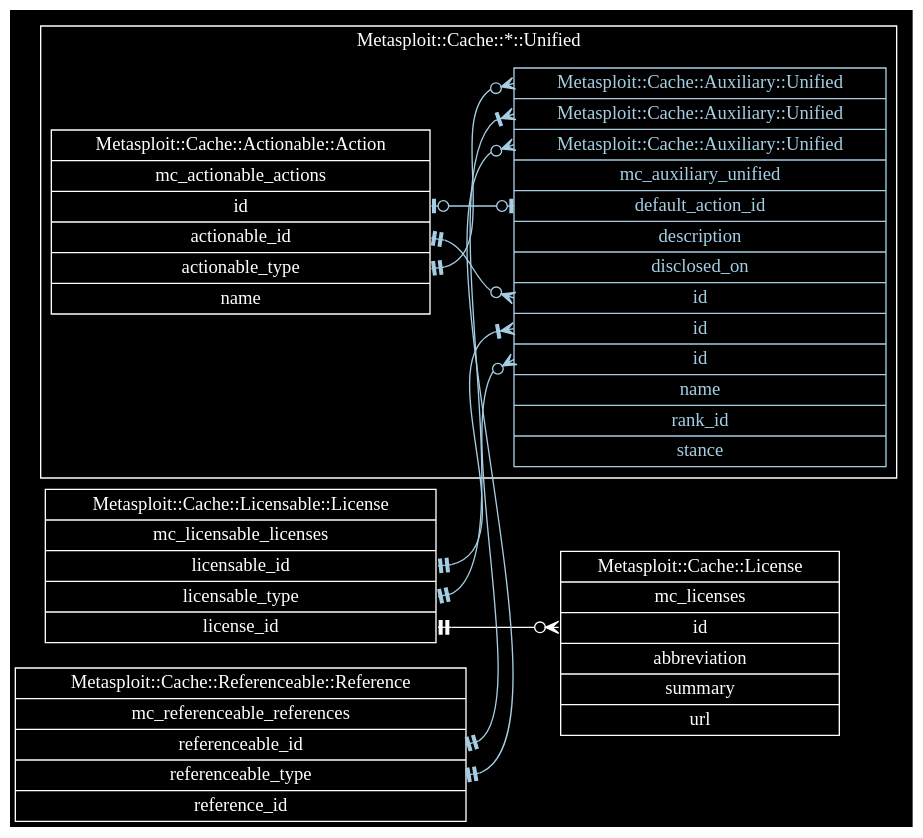
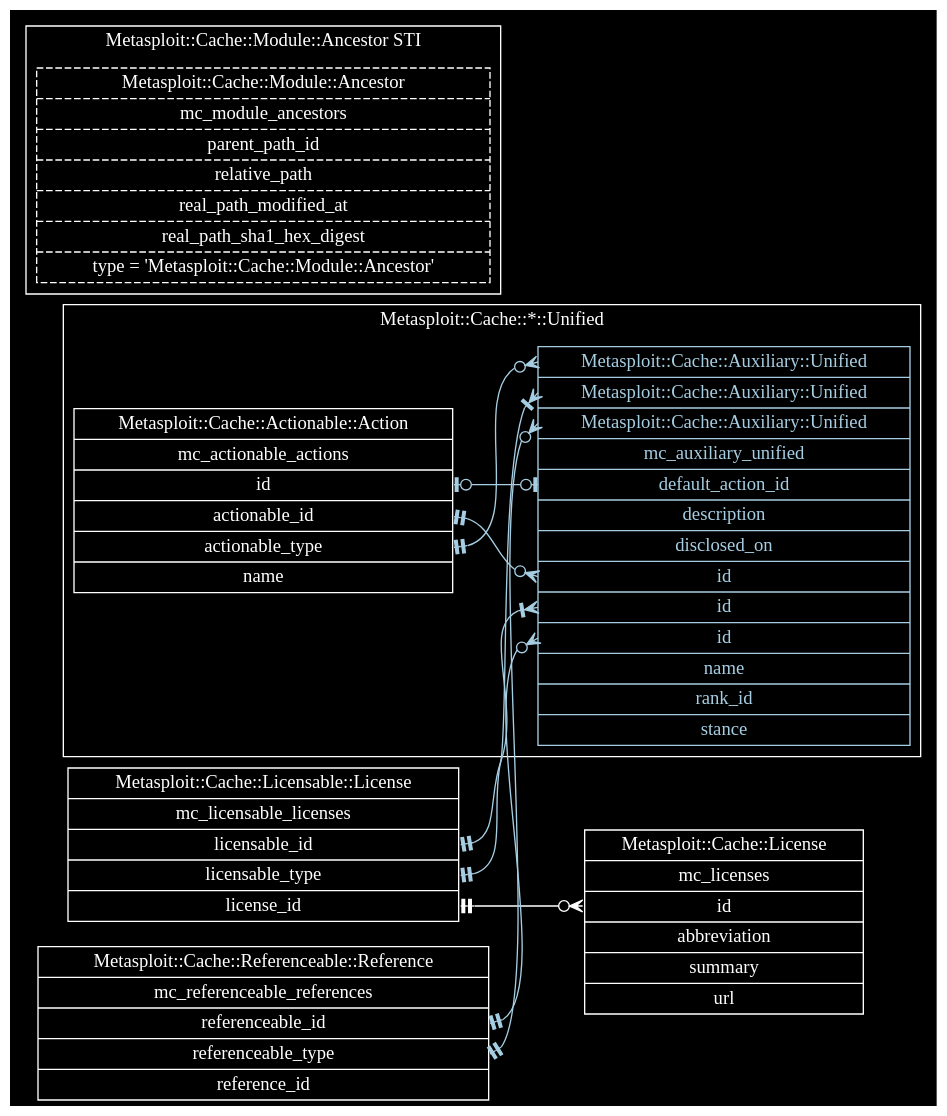
The diagram in docs/metasploit-cache-read-model.dot (rapid7/metasploit-cache), drawn with Graphviz before and after one commit.

Commit message:
Module::Ancestor in read model
MSP-12192

```diff
--- a/docs/metasploit-cache-read-model.dot
+++ b/docs/metasploit-cache-read-model.dot
@@ -1,99 +1,110 @@
 digraph "Metasploit::Cache Read Model" {
   edge [
     color = "white"
     fontcolor = "white"
   ]
   graph [
     bgcolor = "black"
     rankdir = "LR"
   ]
   node [
     color = "white"
     fontcolor = "white"
     shape = "record"
   ]
 
   "Metasploit::Cache::Actionable::Action" [
     label = "Metasploit::Cache::Actionable::Action | mc_actionable_actions | <id>id | <actionable_id>actionable_id | <actionable_type>actionable_type | name"
   ]
 
   "Metasploit::Cache::Actionable::Action":actionable_id -> "Metasploit::Cache::Auxiliary::Unified":id_for_actionable_id [
     arrowhead = "crowodot"
     arrowtail = "teetee"
     color = "/paired9/1"
     dir = "both"
   ]
 
   "Metasploit::Cache::Actionable::Action":actionable_type -> "Metasploit::Cache::Auxiliary::Unified":type_for_actionable_type [
     arrowhead = "crowodot"
     arrowtail = "teetee"
     color = "/paired9/1"
     dir = "both"
   ]
 
 
   "Metasploit::Cache::License" [
     label = "Metasploit::Cache::License | mc_licenses | <id>id | abbreviation | summary | url"
   ]
 
   "Metasploit::Cache::Licensable::License" [
     label = "Metasploit::Cache::Licensable::License | mc_licensable_licenses | <licensable_id>licensable_id | <licensable_type>licensable_type | <license_id>license_id"
   ]
 
   "Metasploit::Cache::Licensable::License":licensable_id -> "Metasploit::Cache::Auxiliary::Unified":id_for_licensable_id [
     arrowhead = "crowtee"
     arrowtail = "teetee"
     color = "/paired9/1"
     dir = "both"
   ]
 
   "Metasploit::Cache::Licensable::License":licensable_type -> "Metasploit::Cache::Auxiliary::Unified":type_for_licensable_type [
     arrowhead = "crowtee"
     arrowtail = "teetee"
     color = "/paired9/1"
     dir = "both"
   ]
 
   "Metasploit::Cache::Licensable::License":license_id -> "Metasploit::Cache::License":id [
     arrowhead = "crowodot"
     arrowtail = "teetee"
     dir = "both"
   ]
 
   "Metasploit::Cache::Referenceable::Reference" [
     label = "Metasploit::Cache::Referenceable::Reference | mc_referenceable_references | <referenceable_id>referenceable_id | <referenceable_type>referenceable_type | reference_id"
   ]
 
   "Metasploit::Cache::Referenceable::Reference":referenceable_id -> "Metasploit::Cache::Auxiliary::Unified":id_for_referenceable_id [
     arrowhead = "crowodot"
     arrowtail = "teetee"
     color = "/paired9/1"
     dir = "both"
   ]
 
   "Metasploit::Cache::Referenceable::Reference":referenceable_type -> "Metasploit::Cache::Auxiliary::Unified":type_for_referenceable_type [
     arrowhead = "crowodot"
     arrowtail = "teetee"
     color = "/paired9/1"
     dir = "both"
   ]
 
+  subgraph cluster_mc_module_ancestors {
+    color = "white"
+    fontcolor = "white"
+    label = "Metasploit::Cache::Module::Ancestor STI"
+
+    "Metasploit::Cache::Module::Ancestor" [
+      label = "Metasploit::Cache::Module::Ancestor | mc_module_ancestors | parent_path_id | relative_path | real_path_modified_at | real_path_sha1_hex_digest | type = 'Metasploit::Cache::Module::Ancestor'"
+      style = "dashed"
+    ]
+  }
+
   subgraph cluster_metasploit_cache_unified {
     color = "white"
     fontcolor = "white"
     label = "Metasploit::Cache::*::Unified"
 
     "Metasploit::Cache::Auxiliary::Unified" [
       color = "/paired9/1"
       fontcolor = "/paired9/1"
       label = "<type_for_actionable_type>Metasploit::Cache::Auxiliary::Unified | <type_for_licensable_type>Metasploit::Cache::Auxiliary::Unified | <type_for_referenceable_type>Metasploit::Cache::Auxiliary::Unified | mc_auxiliary_unified | <default_action_id>default_action_id | description | disclosed_on | <id_for_actionable_id>id | <id_for_licensable_id>id | <id_for_referenceable_id>id | name | rank_id | stance"
     ]
 
     "Metasploit::Cache::Auxiliary::Unified":default_action_id -> "Metasploit::Cache::Actionable::Action":id [
       arrowhead = "teeodot"
       arrowtail = "teeodot"
       color = "/paired9/1"
       dir = "both"
     ]
   }
 }
```
